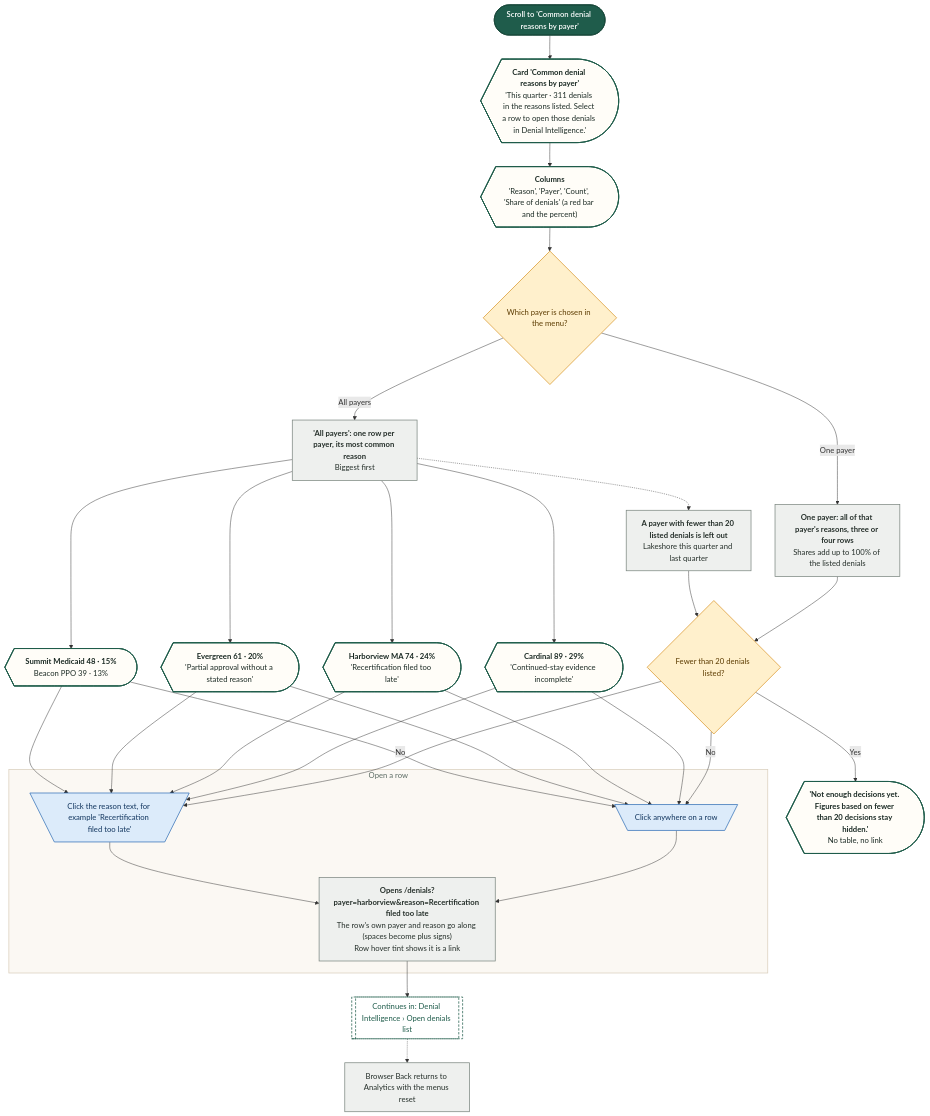
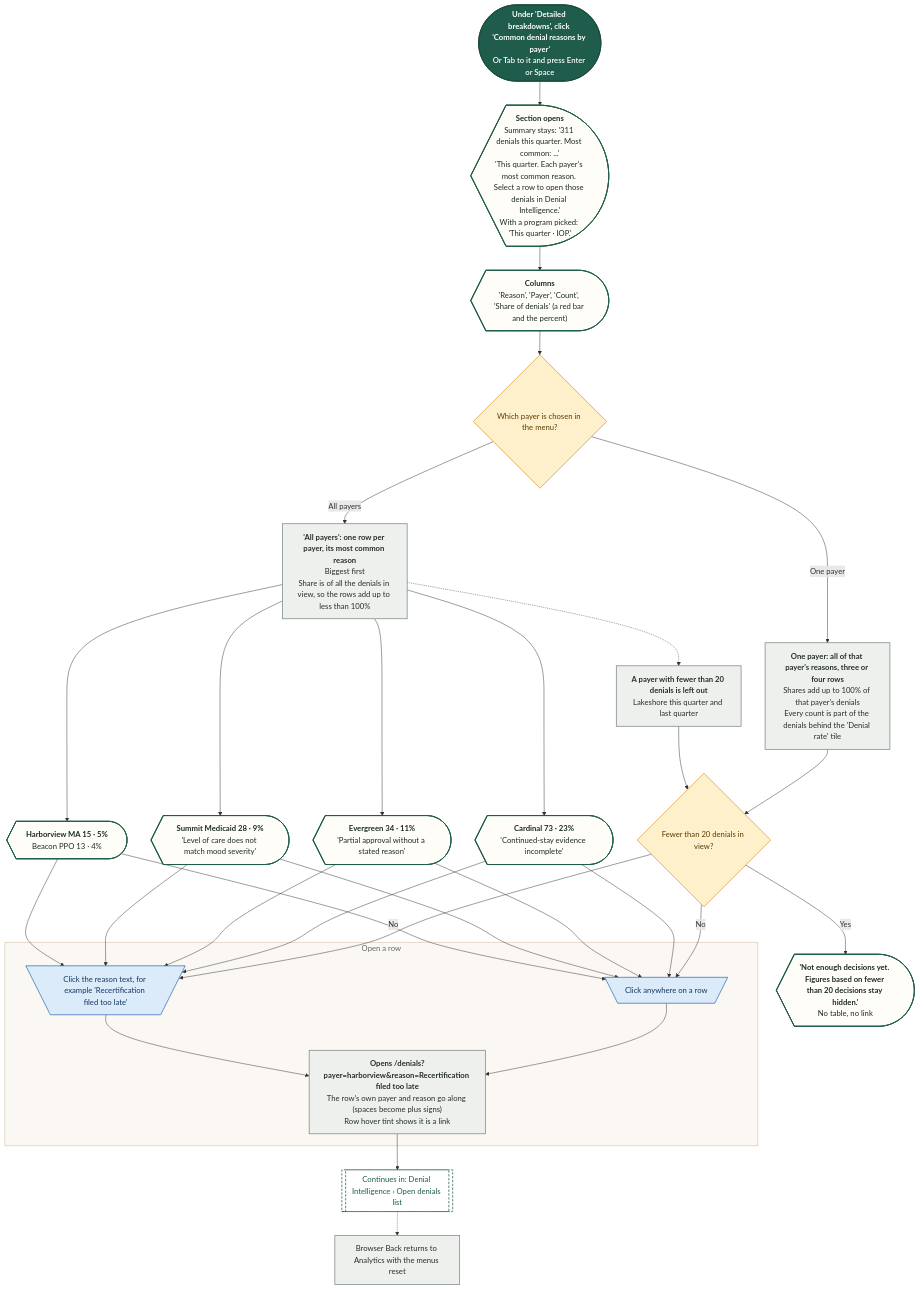
One commit to Shrav143/psyfloapp changed the sixth of 12 diagrams in demos/prior-auth-demo/workflows/out/md/08-analytics.md. Above: the diagram before and after it, drawn with Mermaid. The commit also changed other lines of this file and 192 other files, not shown here.

First line of the commit message:
docs: changelog by sidebar tab; README, diagrams and Settings layout aligned with the refinement; shared InfoTip; referral cost-share line

````diff
--- a/demos/prior-auth-demo/workflows/out/md/08-analytics.md
+++ b/demos/prior-auth-demo/workflows/out/md/08-analytics.md
@@ -338,61 +455,61 @@
 ```mermaid
 %%{init: {"theme":"base","themeVariables":{"fontFamily":"'DM Sans', 'Segoe UI', system-ui, sans-serif","fontSize":"15px","lineColor":"#5B6B63","primaryTextColor":"#1C2B25","clusterBkg":"#FBF8F3","clusterBorder":"#D9CDBB","edgeLabelBackground":"#FFFFFF"},"flowchart":{"curve":"basis","nodeSpacing":36,"rankSpacing":48,"padding":12,"htmlLabels":true,"useMaxWidth":false,"wrappingWidth":230}} }%%
 flowchart TD
   classDef k_start fill:#1F5C4B,stroke:#174638,color:#FFFFFF,stroke-width:1.5px,font-weight:600
   classDef k_end fill:#DDEFE3,stroke:#2E7D4F,color:#14502F,stroke-width:1.5px,font-weight:600
   classDef k_endx fill:#FBE3E0,stroke:#C0392B,color:#7A1F16,stroke-width:1.5px,font-weight:600
   classDef k_screen fill:#FFFDF8,stroke:#1F5C4B,color:#1C2B25,stroke-width:2px
   classDef k_overlay fill:#F1F7F3,stroke:#1F5C4B,color:#1C2B25,stroke-width:2px,stroke-dasharray:5 3
   classDef k_click fill:#DCEBFA,stroke:#2F6DB5,color:#12365F,stroke-width:1.5px
   classDef k_input fill:#E4E7FF,stroke:#4C5FD5,color:#1D2670,stroke-width:1.5px
   classDef k_process fill:#EEF0EE,stroke:#7A857F,color:#26302B,stroke-width:1.5px
   classDef k_agent fill:#EEE5FA,stroke:#7A4FC2,color:#341A63,stroke-width:1.5px
   classDef k_decision fill:#FFF0CC,stroke:#D9962B,color:#5C3B00,stroke-width:1.5px
   classDef k_store fill:#D5F0EA,stroke:#1C8E7B,color:#0B4A3F,stroke-width:1.5px
   classDef k_doc fill:#F6E9DC,stroke:#B07A4C,color:#4A2E14,stroke-width:1.5px
   classDef k_ext fill:#FFE6D2,stroke:#E07B39,color:#6B2F06,stroke-width:1.5px
   classDef k_wait fill:#E4E8EE,stroke:#6B7C93,color:#26303D,stroke-width:1.5px
   classDef k_toast fill:#FFF9DB,stroke:#C9A400,color:#5A4A00,stroke-width:1.5px
   classDef k_goto fill:#FFFFFF,stroke:#1F5C4B,color:#1F5C4B,stroke-width:1.5px,stroke-dasharray:5 3
-  s1@{ shape: stadium, label: "Scroll to 'Common denial reasons by payer'" }
-  sc@{ shape: curv-trap, label: "<b>Card 'Common denial reasons by payer'</b><br/>'This quarter · 311 denials in the reasons listed. Select a row to open those denials in Denial Intelligence.'" }
+  s1@{ shape: stadium, label: "<b>Under 'Detailed breakdowns', click 'Common denial reasons by payer'</b><br/>Or Tab to it and press Enter or Space" }
+  sc@{ shape: curv-trap, label: "<b>Section opens</b><br/>Summary stays: '311 denials this quarter. Most common: ...'<br/>'This quarter. Each payer's most common reason. Select a row to open those denials in Denial Intelligence.'<br/>With a program picked: 'This quarter · IOP.'" }
   th@{ shape: curv-trap, label: "<b>Columns</b><br/>'Reason', 'Payer', 'Count', 'Share of denials' (a red bar and the percent)" }
   q1@{ shape: diam, label: "Which payer is chosen in the menu?" }
-  p1@{ shape: rect, label: "<b>'All payers': one row per payer, its most common reason</b><br/>Biggest first" }
-  r1@{ shape: curv-trap, label: "<b>Cardinal 89 · 29%</b><br/>'Continued-stay evidence incomplete'" }
-  r2@{ shape: curv-trap, label: "<b>Harborview MA 74 · 24%</b><br/>'Recertification filed too late'" }
-  r3@{ shape: curv-trap, label: "<b>Evergreen 61 · 20%</b><br/>'Partial approval without a stated reason'" }
-  r4@{ shape: curv-trap, label: "<b>Summit Medicaid 48 · 15%</b><br/>Beacon PPO 39 · 13%" }
-  p2@{ shape: rect, label: "<b>A payer with fewer than 20 listed denials is left out</b><br/>Lakeshore this quarter and last quarter" }
-  p3@{ shape: rect, label: "<b>One payer: all of that payer's reasons, three or four rows</b><br/>Shares add up to 100% of the listed denials" }
-  q2@{ shape: diam, label: "Fewer than 20 denials listed?" }
+  p1@{ shape: rect, label: "<b>'All payers': one row per payer, its most common reason</b><br/>Biggest first<br/>Share is of all the denials in view, so the rows add up to less than 100%" }
+  r1@{ shape: curv-trap, label: "<b>Cardinal 73 · 23%</b><br/>'Continued-stay evidence incomplete'" }
+  r2@{ shape: curv-trap, label: "<b>Evergreen 34 · 11%</b><br/>'Partial approval without a stated reason'" }
+  r3@{ shape: curv-trap, label: "<b>Summit Medicaid 28 · 9%</b><br/>'Level of care does not match mood severity'" }
+  r4@{ shape: curv-trap, label: "<b>Harborview MA 15 · 5%</b><br/>Beacon PPO 13 · 4%" }
+  p2@{ shape: rect, label: "<b>A payer with fewer than 20 denials is left out</b><br/>Lakeshore this quarter and last quarter" }
+  p3@{ shape: rect, label: "<b>One payer: all of that payer's reasons, three or four rows</b><br/>Shares add up to 100% of that payer's denials<br/>Every count is part of the denials behind the 'Denial rate' tile" }
+  q2@{ shape: diam, label: "Fewer than 20 denials in view?" }
   nd@{ shape: curv-trap, label: "<b>'Not enough decisions yet. Figures based on fewer than 20 decisions stay hidden.'</b><br/>No table, no link" }
   subgraph gClick ["Open a row"]
   c1@{ shape: trap-t, label: "Click anywhere on a row" }
   c2@{ shape: trap-t, label: "Click the reason text, for example 'Recertification filed too late'" }
   p4@{ shape: rect, label: "<b>Opens /denials?payer=harborview&reason=Recertification filed too late</b><br/>The row's own payer and reason go along (spaces become plus signs)<br/>Row hover tint shows it is a link" }
   end
   g1@{ shape: subproc, label: "Continues in: Denial Intelligence › Open denials list" }
   p5@{ shape: rect, label: "Browser Back returns to Analytics with the menus reset" }
   s1 --> sc --> th --> q1
   q1 -->|"All payers"| p1
   p1 --> r1 & r2 & r3 & r4
   p1 -.-> p2
   q1 -->|"One payer"| p3
   p3 --> q2
   p2 --> q2
   q2 -->|"Yes"| nd
   q2 -->|"No"| c1 & c2
   r1 & r2 & r3 & r4 --> c1 & c2
   c1 --> p4
   c2 --> p4
   p4 --> g1
   g1 -.-> p5
   class s1 k_start
   class sc,th,r1,r2,r3,r4,nd k_screen
   class q1,q2 k_decision
   class p1,p2,p3,p4,p5 k_process
   class c1,c2 k_click
   class g1 k_goto
   style gClick fill:#FBF8F3,stroke:#D9CDBB,stroke-width:1.5px,color:#5B6B63
 ```
````
